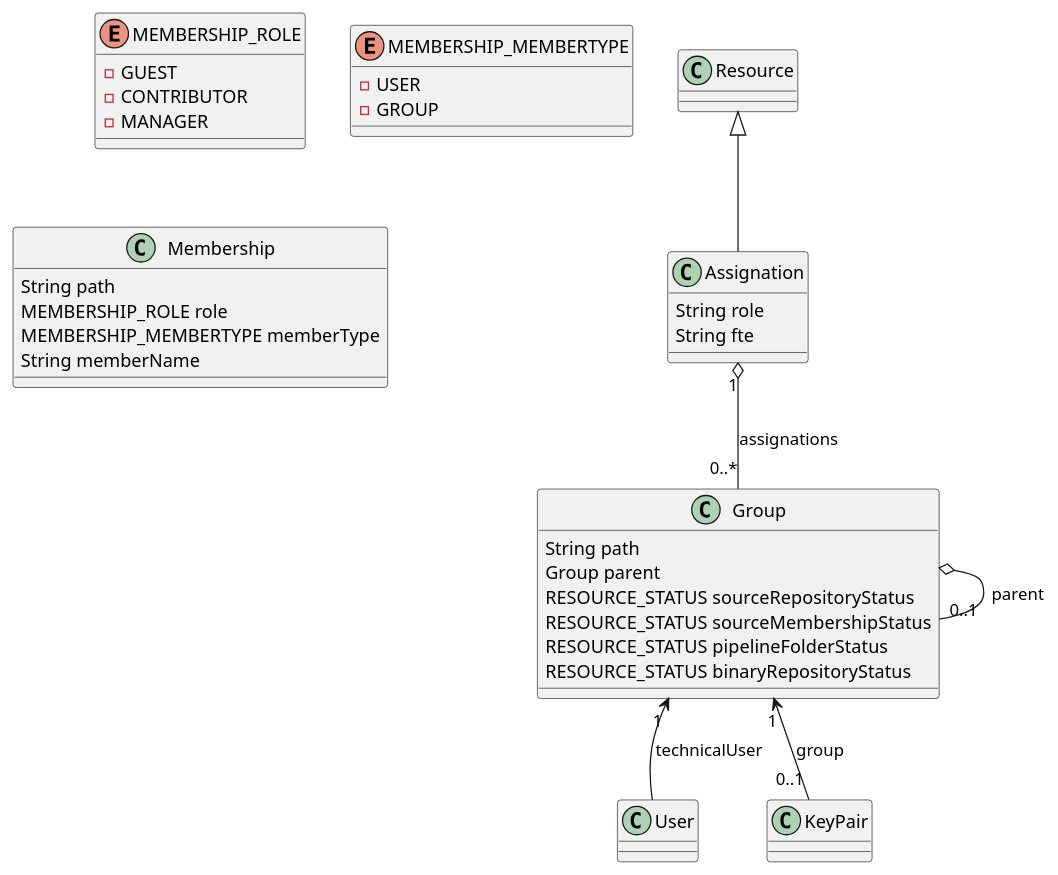
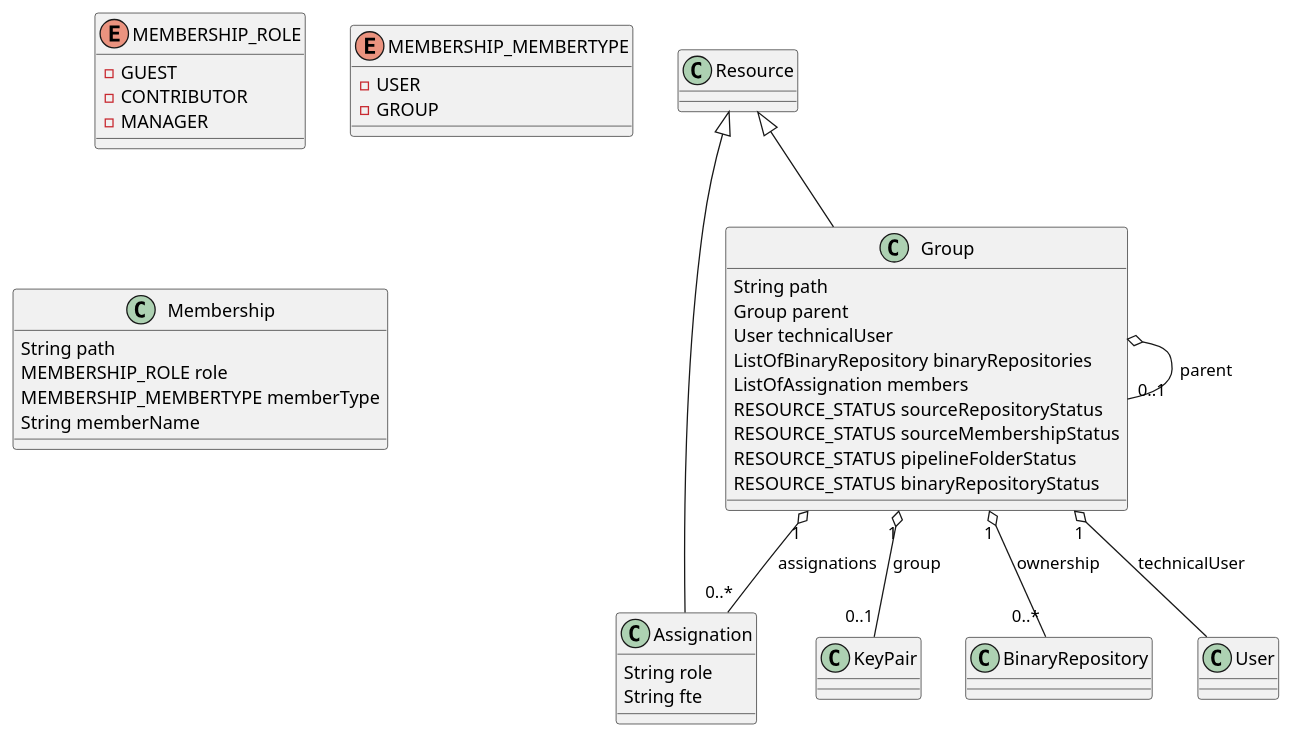
One commit to kathra-project/specifications changed the diagram in Use cases/Group/model.puml. Above: the diagram before and after it, drawn with PlantUML. The commit also changed 26 other files, not shown here.

```diff
--- a/Use cases/Group/model.puml
+++ b/Use cases/Group/model.puml
@@ -1,38 +1,43 @@
 @startuml
 
 class  Group {
   String path
   Group parent
+  User technicalUser
+  ListOfBinaryRepository binaryRepositories
+  ListOfAssignation members
   RESOURCE_STATUS sourceRepositoryStatus
   RESOURCE_STATUS sourceMembershipStatus
   RESOURCE_STATUS pipelineFolderStatus
   RESOURCE_STATUS binaryRepositoryStatus
 }
+Resource <|-- Group
 Group  o-- "0..1"   Group : parent
-Group  "1" <--   User : technicalUser
-Assignation  "1" o-- "0..*"   Group : assignations
-Group  "1" <-- "0..1"   KeyPair : group
+Group  "1" o--   User : technicalUser
+Group  "1" o-- "0..*"   Assignation : assignations
+Group  "1" o-- "0..1"   KeyPair : group
+Group  "1" o-- "0..*"   BinaryRepository : ownership
 
 enum MEMBERSHIP_ROLE {
          - GUEST
          - CONTRIBUTOR
          - MANAGER
 }
 enum MEMBERSHIP_MEMBERTYPE {
          - USER
          - GROUP
 }
 class  Membership {
   String path
   MEMBERSHIP_ROLE role
   MEMBERSHIP_MEMBERTYPE memberType
   String memberName
 }
 
 
 class Assignation {
   String role
   String fte
 }
 Resource <|-- Assignation
 @enduml
```
